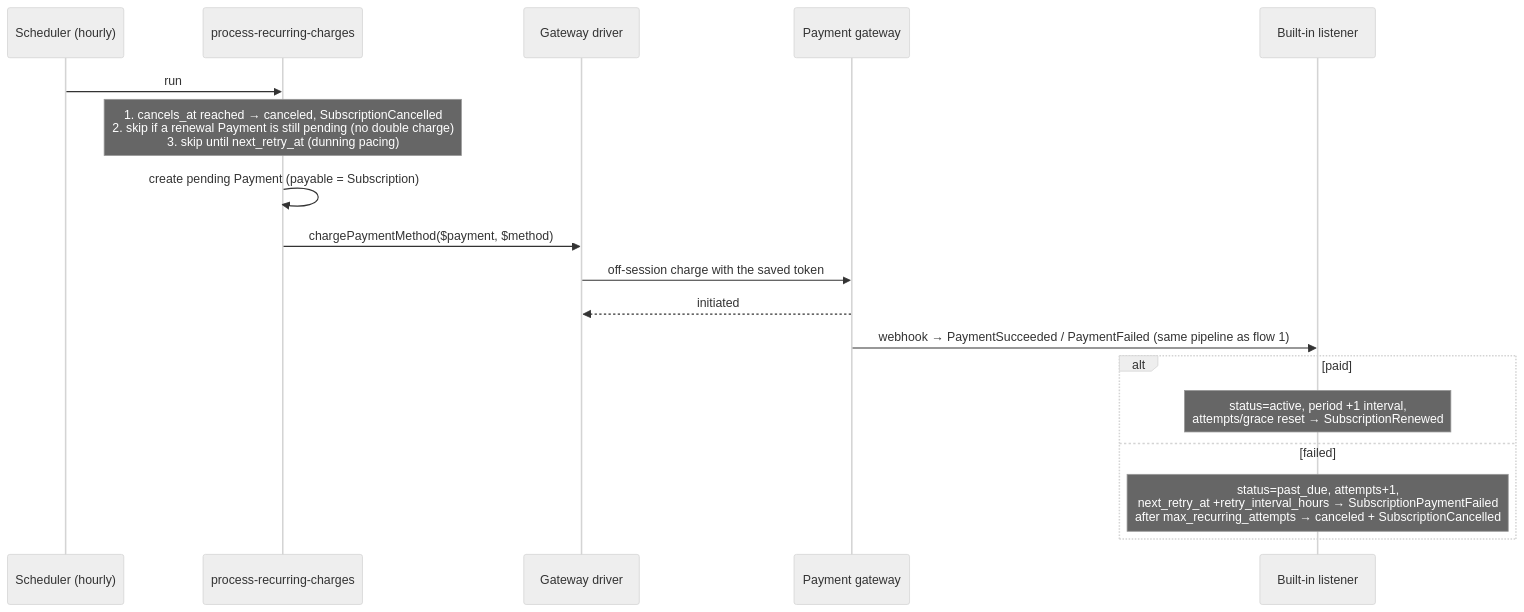
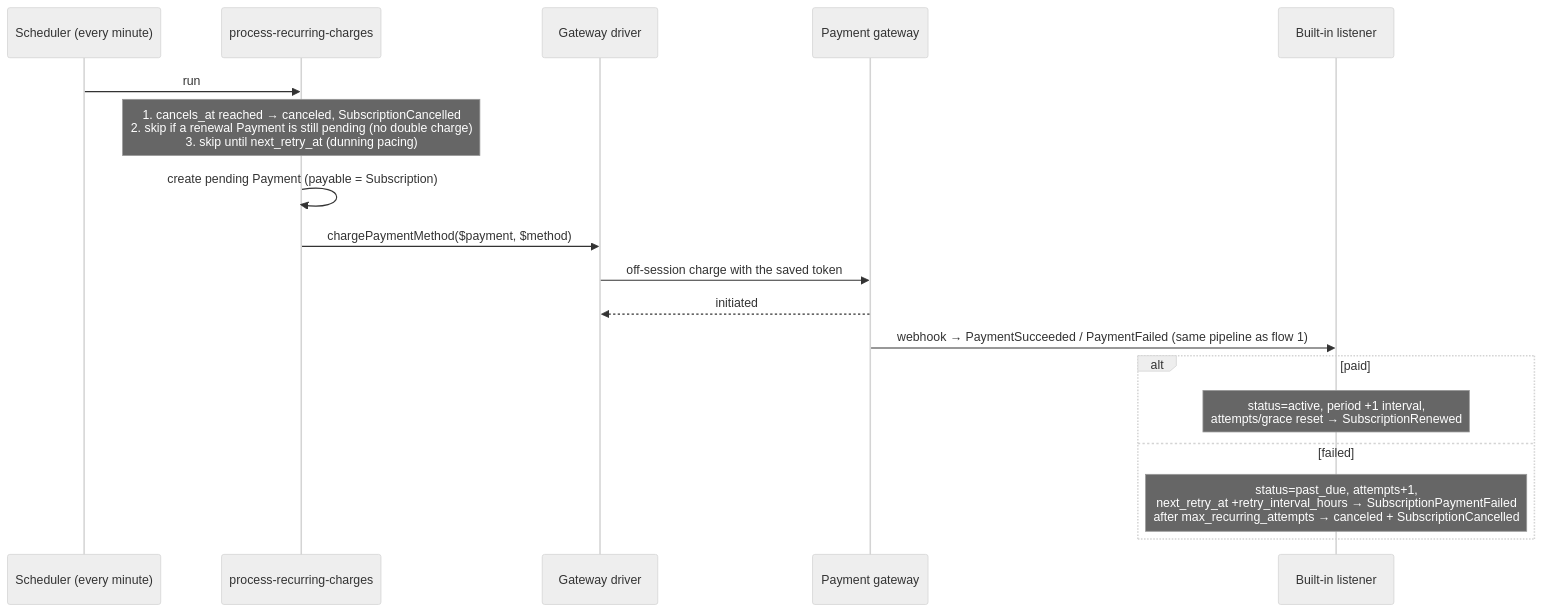
Before and after one commit to fomvasss/laravel-billing: the second of 4 diagrams in README.md, drawn with Mermaid (neutral theme). The commit also changed other lines of this file and 17 other files, not shown here.

Commit message:
fix month-overflow renewals, run recurring charges every minute with overlap lock, flexible per-price trial notices, add architecture/use-cases/webhook-testing docs

````diff
--- a/README.md
+++ b/README.md
@@ -295,22 +295,22 @@
 ```mermaid
 sequenceDiagram
-    participant Cron as Scheduler (hourly)
+    participant Cron as Scheduler (every minute)
     participant Cmd as process-recurring-charges
     participant Driver as Gateway driver
     participant Bank as Payment gateway
     participant Listener as Built-in listener
 
     Cron->>Cmd: run
     Note over Cmd: 1. cancels_at reached → canceled, SubscriptionCancelled<br/>2. skip if a renewal Payment is still pending (no double charge)<br/>3. skip until next_retry_at (dunning pacing)
     Cmd->>Cmd: create pending Payment (payable = Subscription)
     Cmd->>Driver: chargePaymentMethod($payment, $method)
     Driver->>Bank: off-session charge with the saved token
     Bank-->>Driver: initiated
 
     Bank->>Listener: webhook → PaymentSucceeded / PaymentFailed (same pipeline as flow 1)
     alt paid
         Note over Listener: status=active, period +1 interval,<br/>attempts/grace reset → SubscriptionRenewed
     else failed
         Note over Listener: status=past_due, attempts+1,<br/>next_retry_at +retry_interval_hours → SubscriptionPaymentFailed<br/>after max_recurring_attempts → canceled + SubscriptionCancelled
     end
 ```
````
